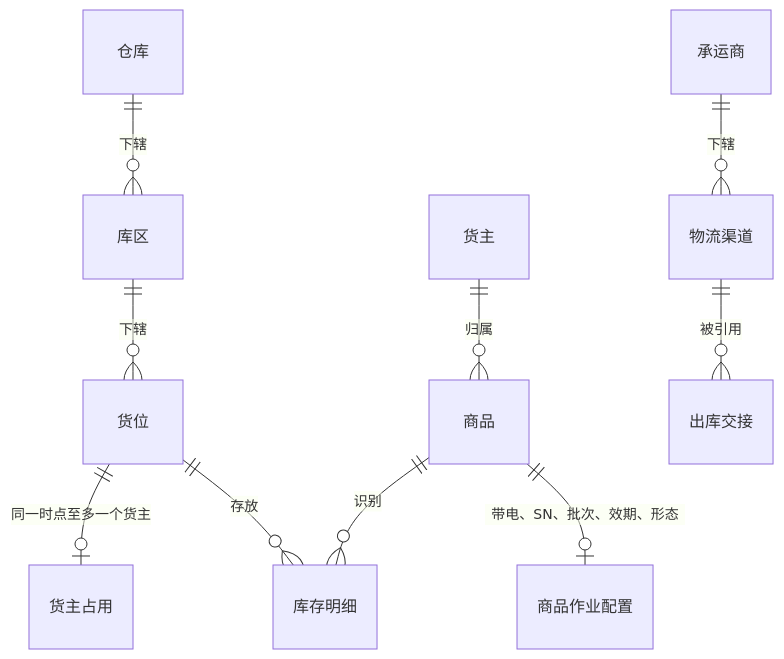
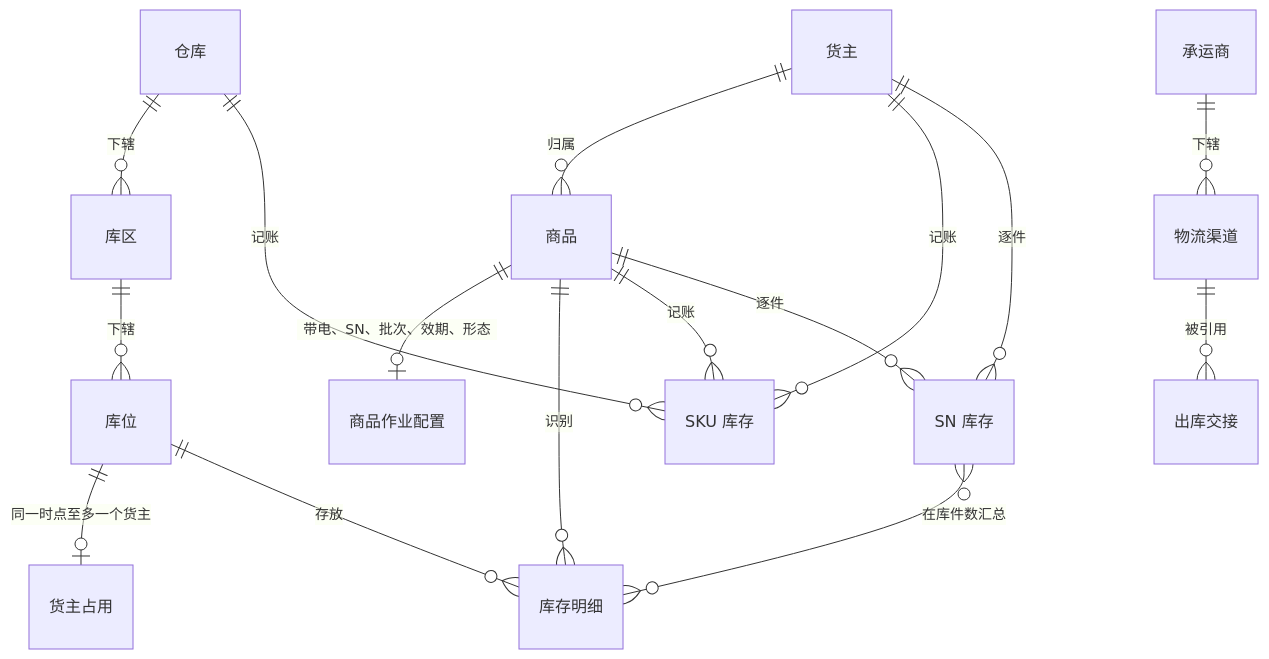
The first of 2 diagrams in 05-应用设计方案/20261002-MVP版本/系统架构设计/02-实体对象关系.md (TopVitamin/QS-WMS-Project), drawn with Mermaid before and after one commit. The commit also changed other lines of this file and 174 other files, not shown here.

````diff
--- a/05-应用设计方案/20261002-MVP版本/系统架构设计/02-实体对象关系.md
+++ b/05-应用设计方案/20261002-MVP版本/系统架构设计/02-实体对象关系.md
@@ -68,12 +69,18 @@
 ```mermaid
 erDiagram
-    货主 ||--o{ 商品 : "归属"
-    商品 ||--o| 商品作业配置 : "带电、SN、批次、效期、形态"
-    仓库 ||--o{ 库区 : "下辖"
-    库区 ||--o{ 货位 : "下辖"
-    货位 ||--o| 货主占用 : "同一时点至多一个货主"
-    货位 ||--o{ 库存明细 : "存放"
-    商品 ||--o{ 库存明细 : "识别"
-    承运商 ||--o{ 物流渠道 : "下辖"
-    物流渠道 ||--o{ 出库交接 : "被引用"
+    "货主" ||--o{ "商品" : "归属"
+    "商品" ||--o| "商品作业配置" : "带电、SN、批次、效期、形态"
+    "仓库" ||--o{ "库区" : "下辖"
+    "库区" ||--o{ "库位" : "下辖"
+    "库位" ||--o| "货主占用" : "同一时点至多一个货主"
+    "库位" ||--o{ "库存明细" : "存放"
+    "商品" ||--o{ "库存明细" : "识别"
+    "仓库" ||--o{ "SKU 库存" : "记账"
+    "货主" ||--o{ "SKU 库存" : "记账"
+    "商品" ||--o{ "SKU 库存" : "记账"
+    "货主" ||--o{ "SN 库存" : "逐件"
+    "商品" ||--o{ "SN 库存" : "逐件"
+    "SN 库存" }o--o{ "库存明细" : "在库件数汇总"
+    "承运商" ||--o{ "物流渠道" : "下辖"
+    "物流渠道" ||--o{ "出库交接" : "被引用"
 ```
````
